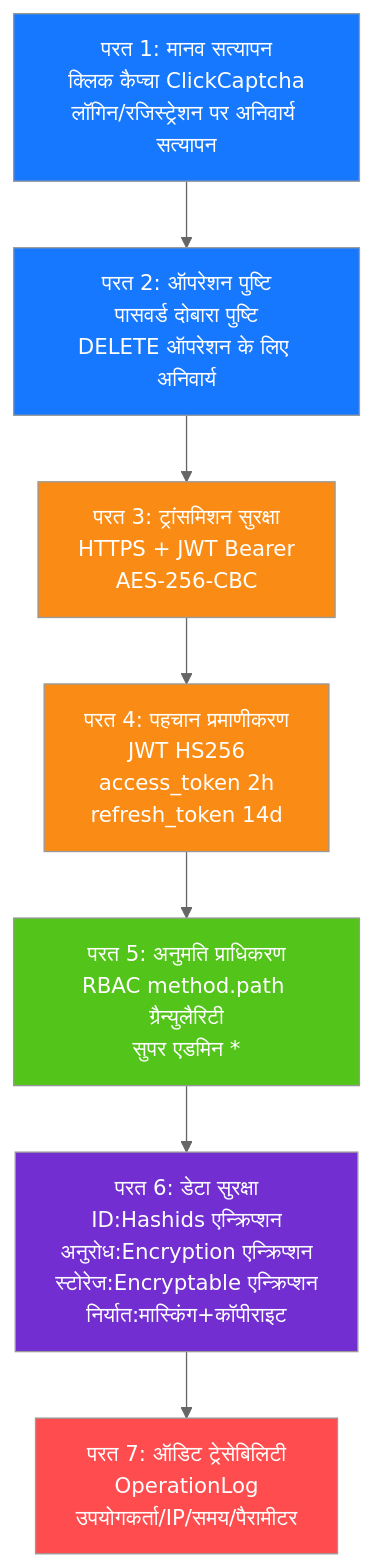
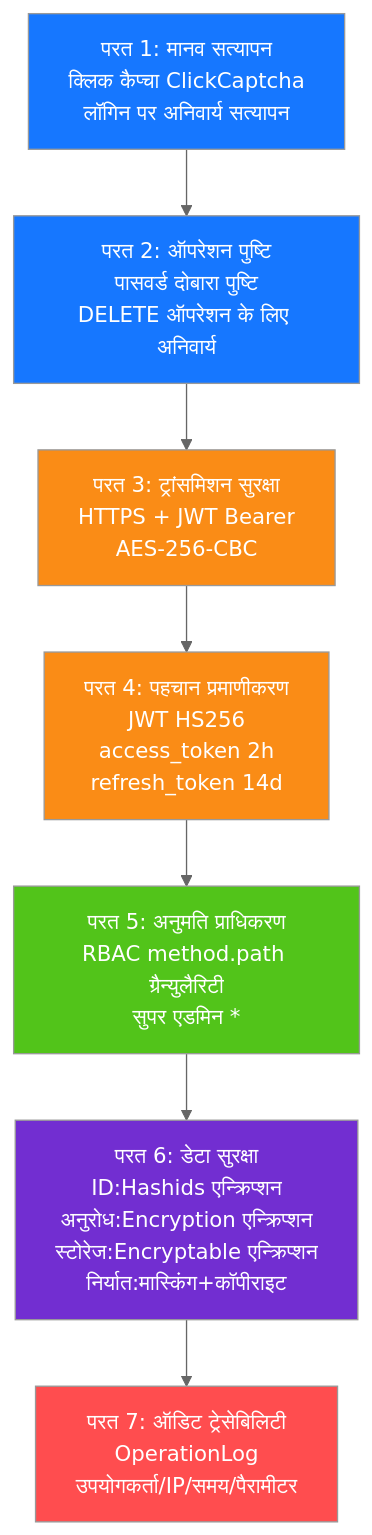
Before and after one commit to erikwang2013/open-admin: the diagram in docs/diagrams/11-security-defense.hi.md, drawn with Mermaid (neutral theme). The commit also changed 115 other files, not shown here.

First line of the commit message:
功能：新增项目宠物「小安」、站点首页与手写 SVG 设计图集；全部文档对齐代码

````diff
--- a/docs/diagrams/11-security-defense.hi.md
+++ b/docs/diagrams/11-security-defense.hi.md
@@ -7,20 +7,20 @@
 ```mermaid
 flowchart TB
-    l1["परत 1: मानव सत्यापन<br/>क्लिक कैप्चा ClickCaptcha<br/>लॉगिन/रजिस्ट्रेशन पर अनिवार्य सत्यापन"]
+    l1["परत 1: मानव सत्यापन<br/>क्लिक कैप्चा ClickCaptcha<br/>लॉगिन पर अनिवार्य सत्यापन"]
     l2["परत 2: ऑपरेशन पुष्टि<br/>पासवर्ड दोबारा पुष्टि<br/>DELETE ऑपरेशन के लिए अनिवार्य"]
     l3["परत 3: ट्रांसमिशन सुरक्षा<br/>HTTPS + JWT Bearer<br/>AES-256-CBC"]
     l4["परत 4: पहचान प्रमाणीकरण<br/>JWT HS256<br/>access_token 2h<br/>refresh_token 14d"]
     l5["परत 5: अनुमति प्राधिकरण<br/>RBAC method.path ग्रैन्युलैरिटी<br/>सुपर एडमिन *"]
     l6["परत 6: डेटा सुरक्षा<br/>ID:Hashids एन्क्रिप्शन<br/>अनुरोध:Encryption एन्क्रिप्शन<br/>स्टोरेज:Encryptable एन्क्रिप्शन<br/>निर्यात:मास्किंग+कॉपीराइट"]
     l7["परत 7: ऑडिट ट्रेसेबिलिटी<br/>OperationLog<br/>उपयोगकर्ता/IP/समय/पैरामीटर"]
 
     l1 --> l2 --> l3 --> l4 --> l5 --> l6 --> l7
 
     style l1 fill:#1677FF,color:#fff
     style l2 fill:#1677FF,color:#fff
     style l3 fill:#FA8C16,color:#fff
     style l4 fill:#FA8C16,color:#fff
     style l5 fill:#52C41A,color:#fff
     style l6 fill:#722ED1,color:#fff
     style l7 fill:#FF4D4F,color:#fff
 ```
````
